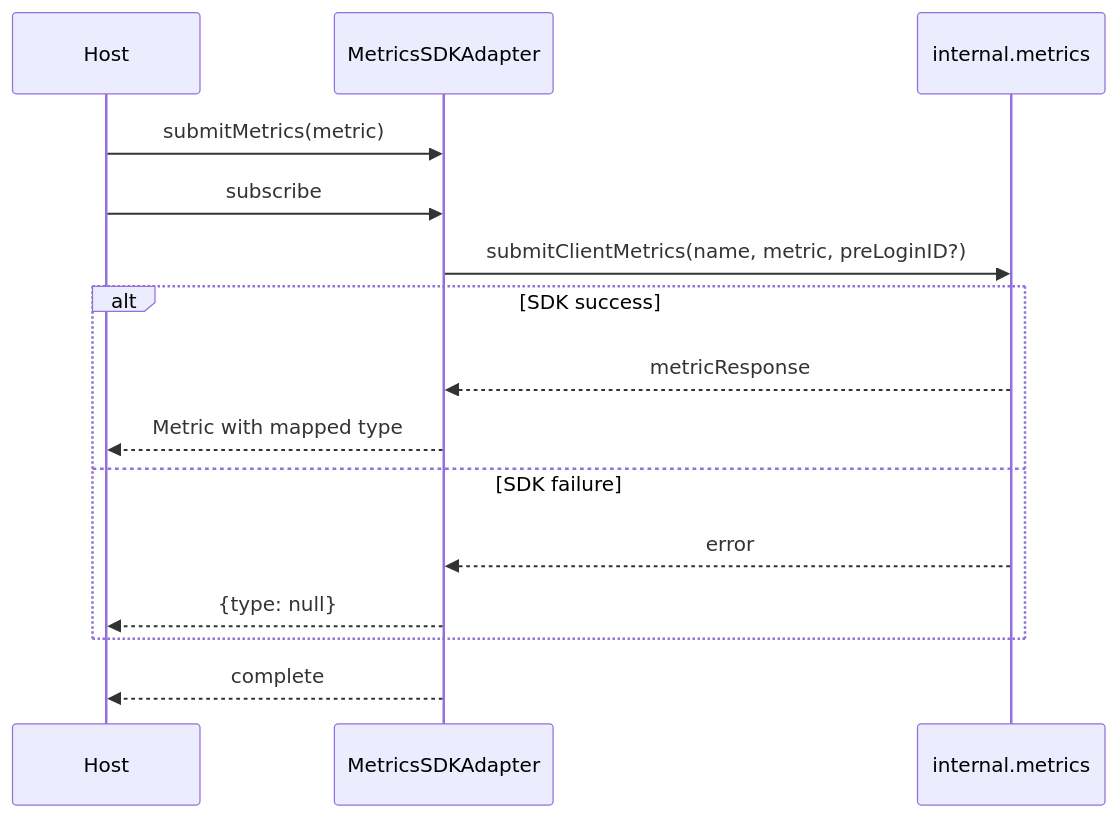
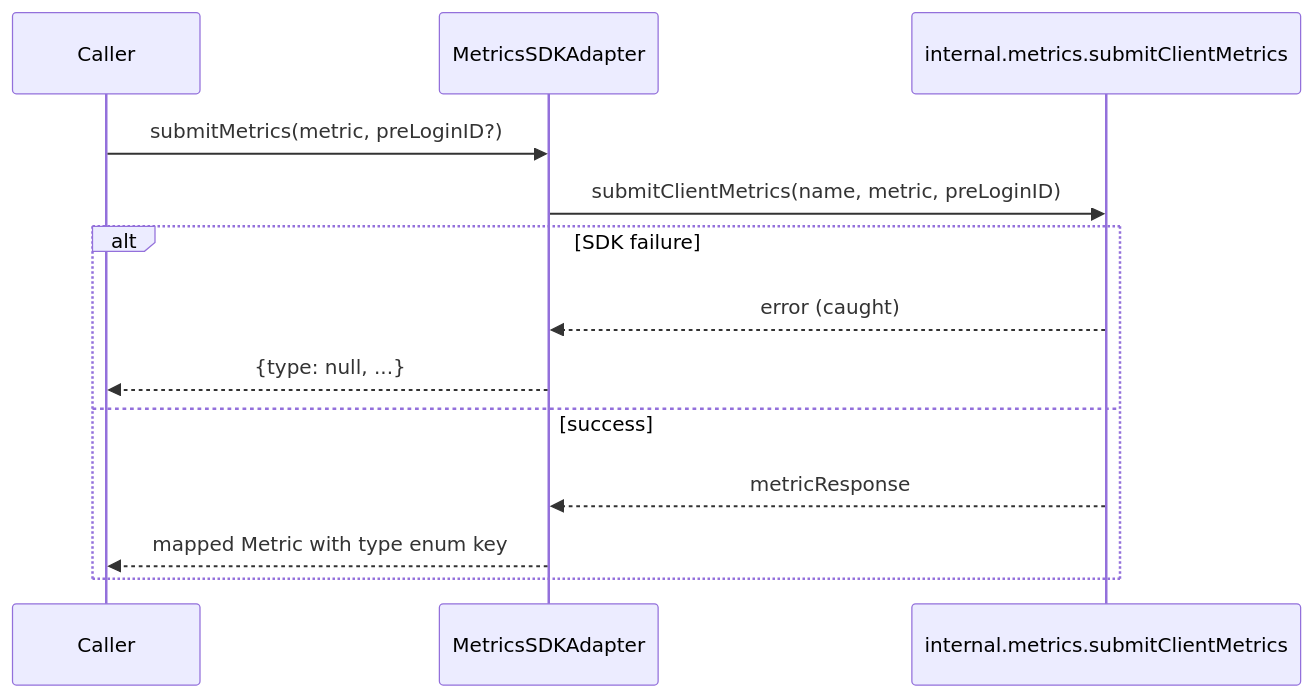
One commit to webex/sdk-component-adapter changed the second of 3 diagrams in src/ai-docs/metrics-sdk-adapter-spec.md. Above: the diagram before and after it, drawn with Mermaid. The commit also changed other lines of this file and 13 other files, not shown here.

````diff
--- a/src/ai-docs/metrics-sdk-adapter-spec.md
+++ b/src/ai-docs/metrics-sdk-adapter-spec.md
@@ -115,18 +108,16 @@
 ```mermaid
 sequenceDiagram
-  participant Host
+  participant Caller
   participant Adapter as MetricsSDKAdapter
-  participant SDK as internal.metrics
+  participant SDK as internal.metrics.submitClientMetrics
 
-  Host->>Adapter: submitMetrics(metric)
-  Host->>Adapter: subscribe
-  Adapter->>SDK: submitClientMetrics(name, metric, preLoginID?)
-  alt SDK success
+  Caller->>Adapter: submitMetrics(metric, preLoginID?)
+  Adapter->>SDK: submitClientMetrics(name, metric, preLoginID)
+  alt SDK failure
+    SDK-->>Adapter: error (caught)
+    Adapter-->>Caller: {type: null, ...}
+  else success
     SDK-->>Adapter: metricResponse
-    Adapter-->>Host: Metric with mapped type
-  else SDK failure
-    SDK-->>Adapter: error
-    Adapter-->>Host: {type: null}
+    Adapter-->>Caller: mapped Metric with type enum key
   end
-  Adapter-->>Host: complete
 ```
````
